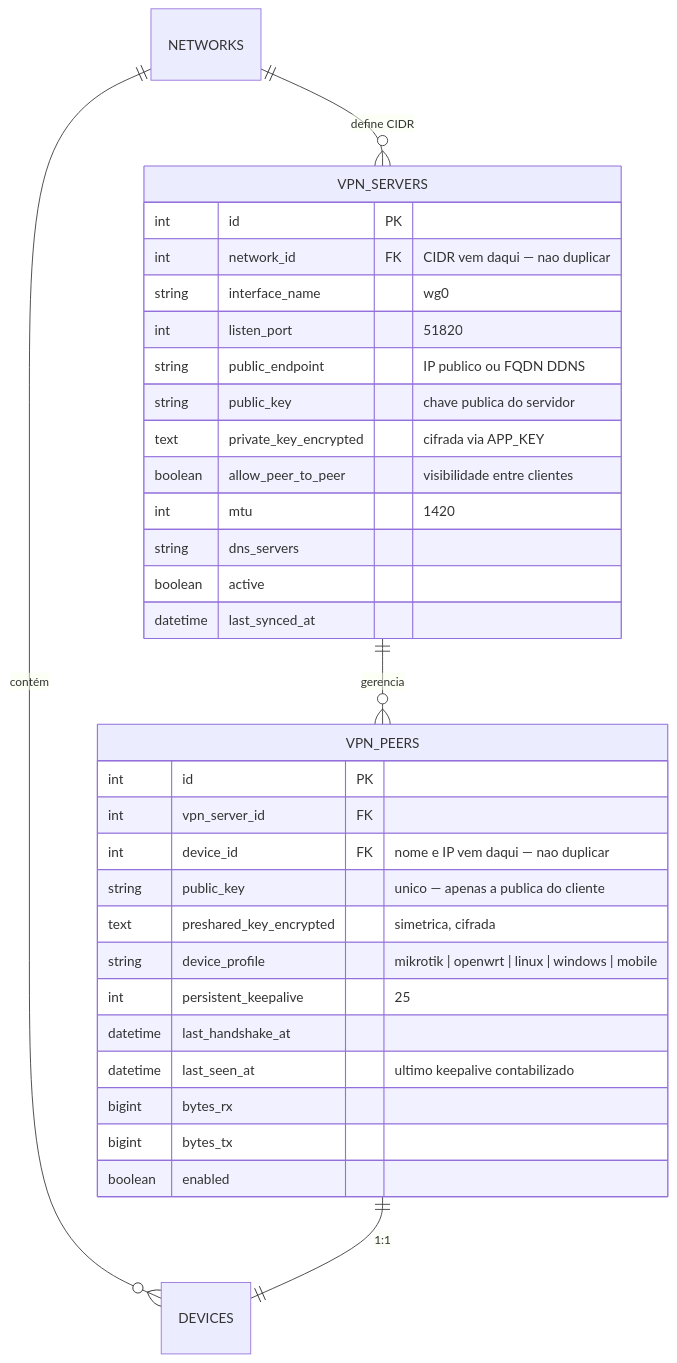
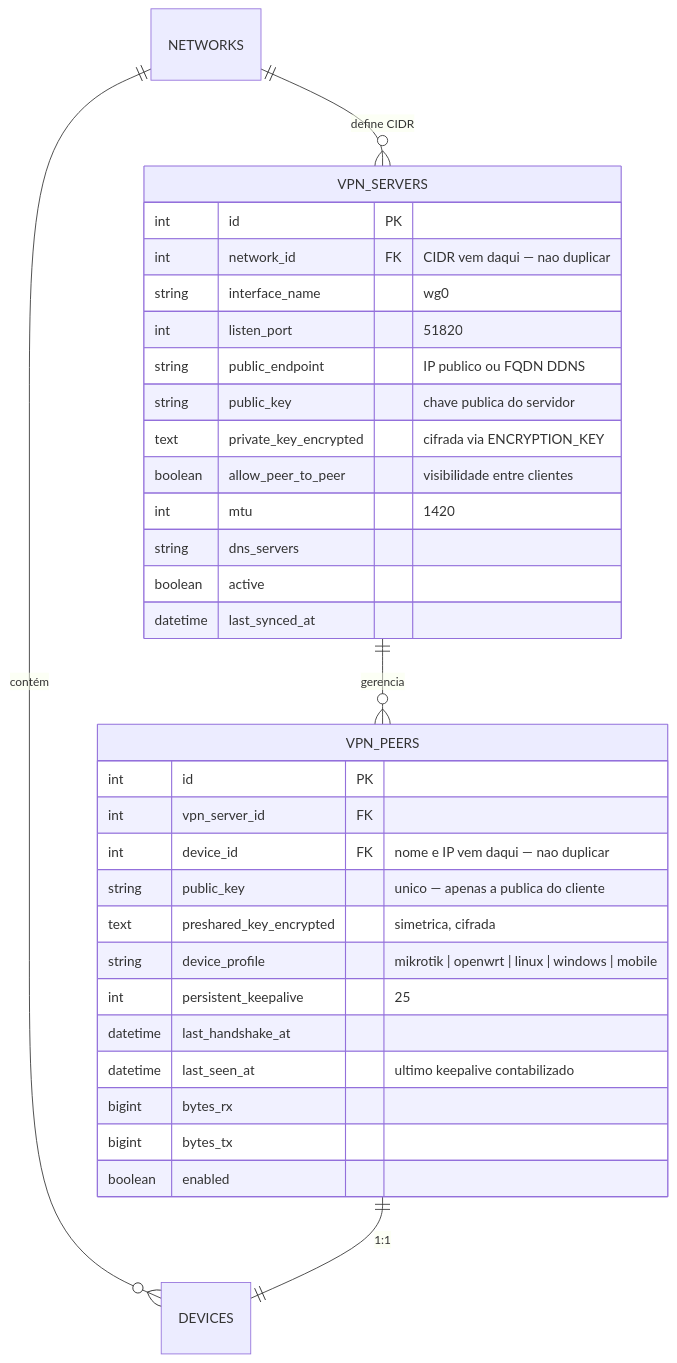
One commit to maxupunk/monitor-de-rede changed the second of 3 diagrams in docs/roadmap_vpn.md. Above: the diagram before and after it, drawn with Mermaid. The commit also changed other lines of this file and 16 other files, not shown here.

First line of the commit message:
refactor: rename APP_KEY to ENCRYPTION_KEY and update related documentation

````diff
--- a/docs/roadmap_vpn.md
+++ b/docs/roadmap_vpn.md
@@ -197,37 +197,37 @@
 ```mermaid
 erDiagram
     NETWORKS ||--o{ VPN_SERVERS : "define CIDR"
     VPN_SERVERS ||--o{ VPN_PEERS : "gerencia"
     NETWORKS ||--o{ DEVICES : "contém"
     VPN_PEERS ||--|| DEVICES : "1:1"
 
     VPN_SERVERS {
         int id PK
         int network_id FK "CIDR vem daqui — nao duplicar"
         string interface_name "wg0"
         int listen_port "51820"
         string public_endpoint "IP publico ou FQDN DDNS"
         string public_key "chave publica do servidor"
-        text private_key_encrypted "cifrada via APP_KEY"
+        text private_key_encrypted "cifrada via ENCRYPTION_KEY"
         boolean allow_peer_to_peer "visibilidade entre clientes"
         int mtu "1420"
         string dns_servers
         boolean active
         datetime last_synced_at
     }
 
     VPN_PEERS {
         int id PK
         int vpn_server_id FK
         int device_id FK "nome e IP vem daqui — nao duplicar"
         string public_key "unico — apenas a publica do cliente"
         text preshared_key_encrypted "simetrica, cifrada"
         string device_profile "mikrotik | openwrt | linux | windows | mobile"
         int persistent_keepalive "25"
         datetime last_handshake_at
         datetime last_seen_at "ultimo keepalive contabilizado"
         bigint bytes_rx
         bigint bytes_tx
         boolean enabled
     }
 ```
````
